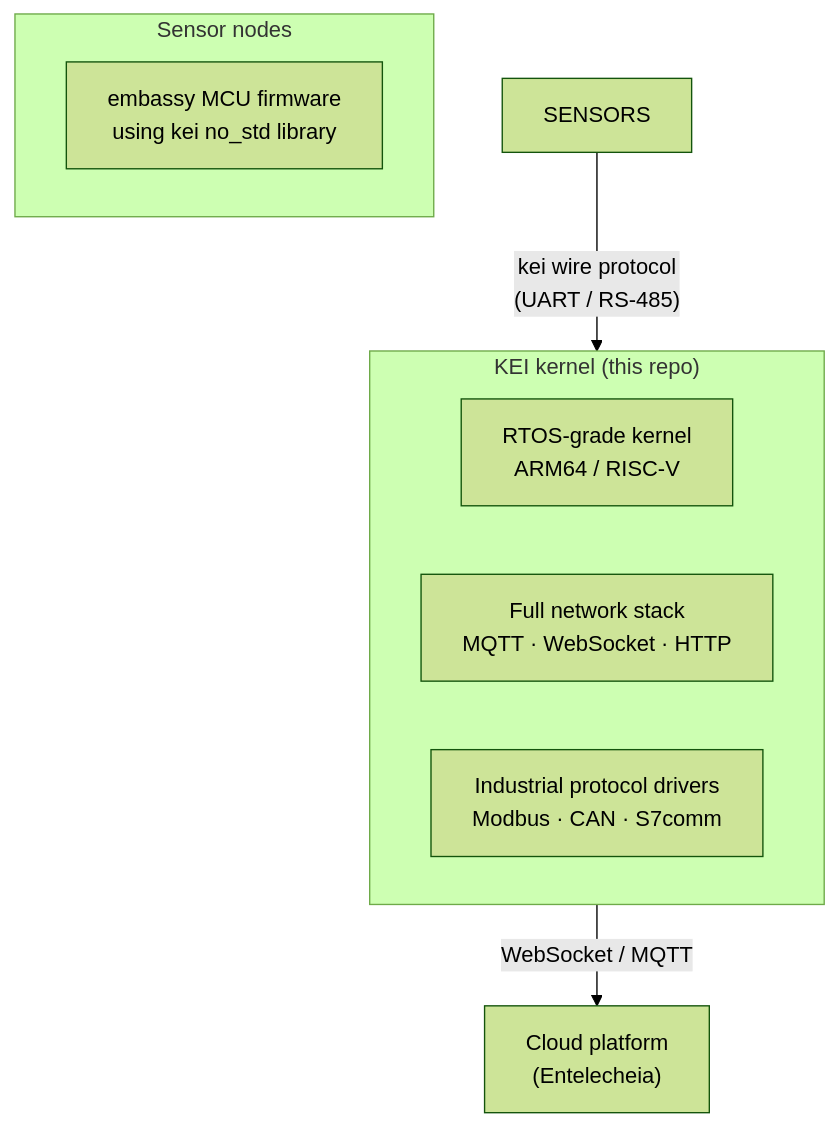
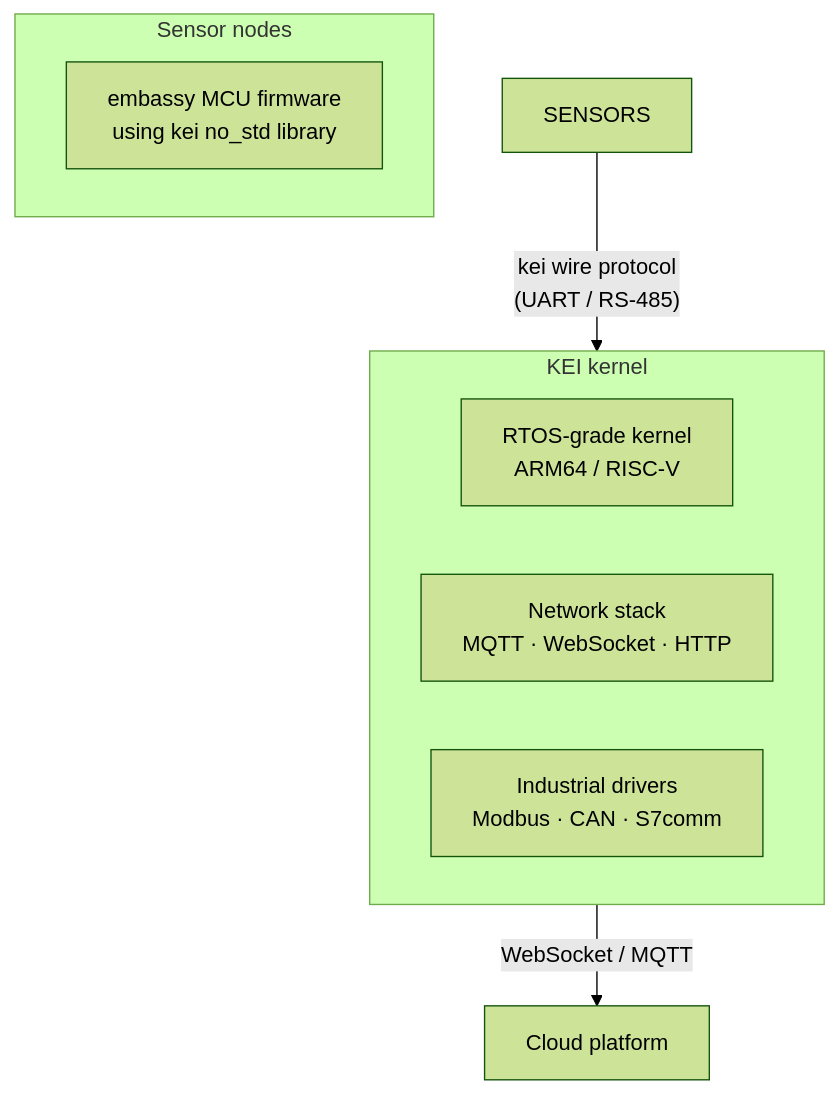
One commit to langyo/kei changed the diagram in README.md. Above: the diagram before and after it, drawn with Mermaid (forest theme). The commit also changed other lines of this file and 1283 other files, not shown here.

Commit message:
📝 Refocus kei as an industrial IoT kernel and drop stale aris coupling.

````diff
--- a/README.md
+++ b/README.md
@@ -39,13 +39,13 @@
 ```mermaid
 flowchart TB
-    subgraph Gateway["KEI kernel (this repo)"]
+    subgraph Gateway["KEI kernel"]
         KERN["RTOS-grade kernel\nARM64 / RISC-V"]
-        NET["Full network stack\nMQTT · WebSocket · HTTP"]
-        DRV["Industrial protocol drivers\nModbus · CAN · S7comm"]
+        NET["Network stack\nMQTT · WebSocket · HTTP"]
+        DRV["Industrial drivers\nModbus · CAN · S7comm"]
     end
     subgraph Sensors["Sensor nodes"]
         EMB["embassy MCU firmware\nusing kei no_std library"]
     end
     SENSORS -->|"kei wire protocol\n(UART / RS-485)"| Gateway
-    Gateway -->|"WebSocket / MQTT"| CLOUD["Cloud platform\n(Entelecheia)"]
+    Gateway -->|"WebSocket / MQTT"| CLOUD["Cloud platform"]
 ```
````
